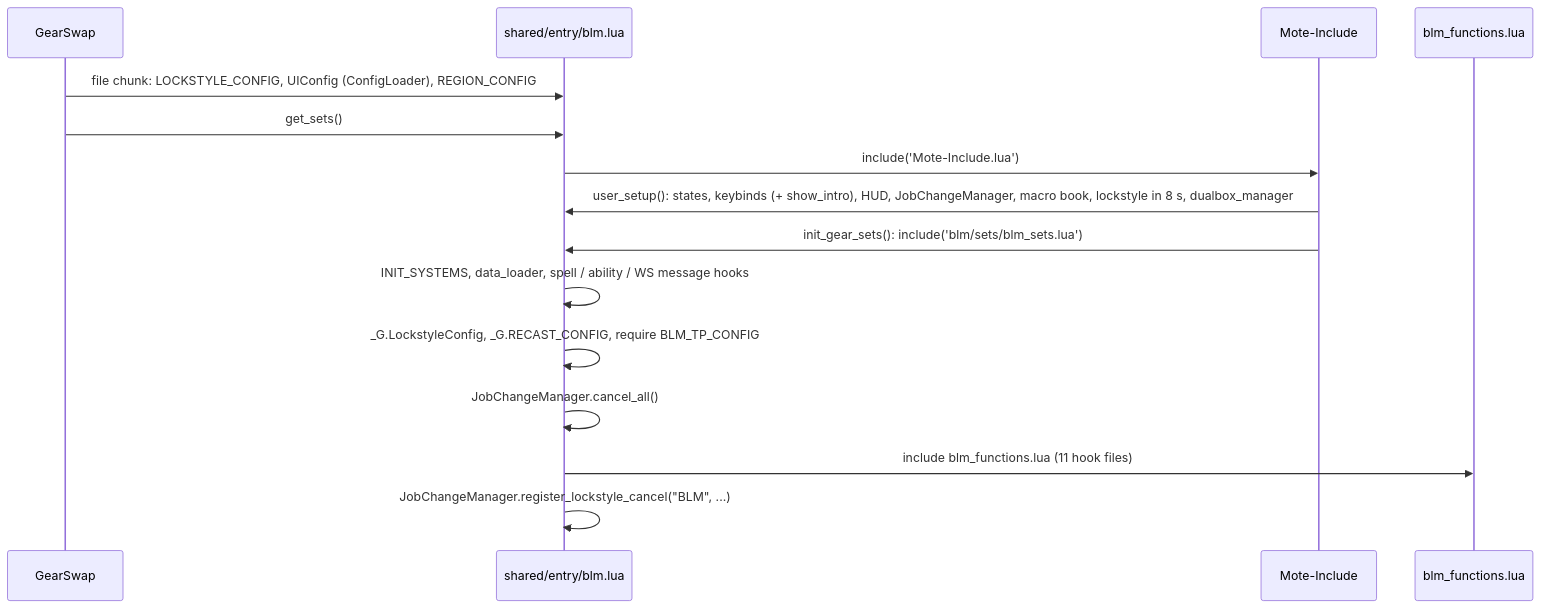
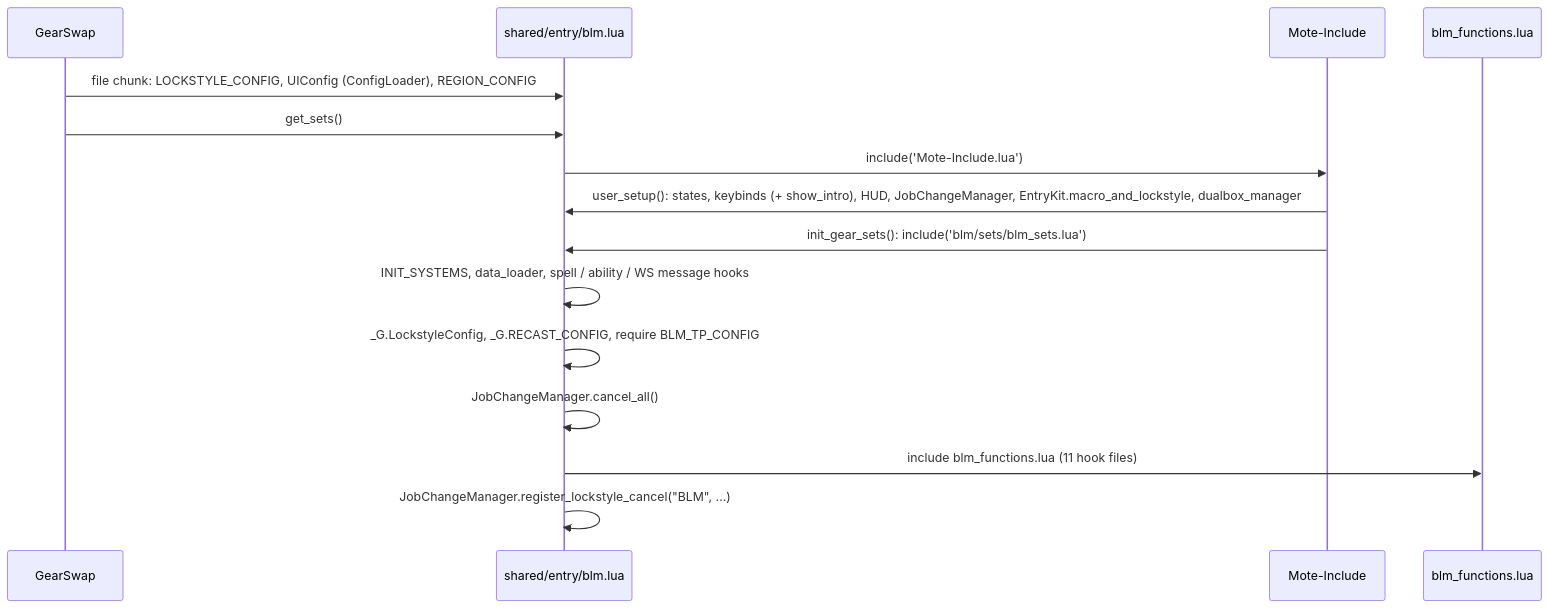
The first of 4 diagrams in docs/dev/jobs/blm.md (ejouanchicot/Gearswap), drawn with Mermaid before and after one commit. The commit also changed other lines of this file and 100 other files, not shown here.

````diff
--- a/docs/dev/jobs/blm.md
+++ b/docs/dev/jobs/blm.md
@@ -93,17 +93,17 @@
 ```mermaid
 sequenceDiagram
     participant GS as GearSwap
     participant E as shared/entry/blm.lua
     participant M as Mote-Include
     participant F as blm_functions.lua
     GS->>E: file chunk: LOCKSTYLE_CONFIG, UIConfig (ConfigLoader), REGION_CONFIG
     GS->>E: get_sets()
     E->>M: include('Mote-Include.lua')
-    M->>E: user_setup(): states, keybinds (+ show_intro), HUD, JobChangeManager, macro book, lockstyle in 8 s, dualbox_manager
+    M->>E: user_setup(): states, keybinds (+ show_intro), HUD, JobChangeManager, EntryKit.macro_and_lockstyle, dualbox_manager
     M->>E: init_gear_sets(): include('blm/sets/blm_sets.lua')
     E->>E: INIT_SYSTEMS, data_loader, spell / ability / WS message hooks
     E->>E: _G.LockstyleConfig, _G.RECAST_CONFIG, require BLM_TP_CONFIG
     E->>E: JobChangeManager.cancel_all()
     E->>F: include blm_functions.lua (11 hook files)
     E->>E: JobChangeManager.register_lockstyle_cancel("BLM", ...)
 ```
````
